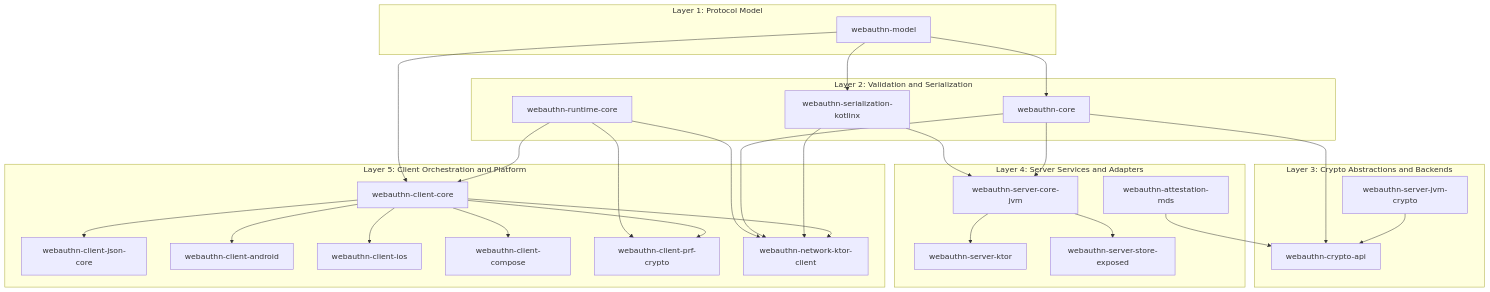
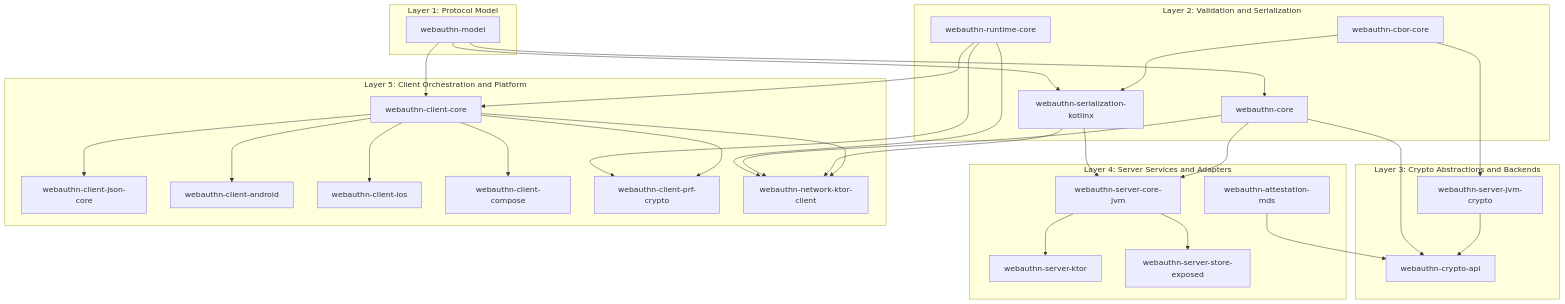
Before and after one commit to szijpeter/webauthn-kotlin-multiplatform: the second of 2 diagrams in README.md, drawn with Mermaid.

Commit message:
docs: include cbor module in root diagram

````diff
--- a/README.md
+++ b/README.md
@@ -80,57 +80,60 @@
 ```mermaid
 flowchart TB
     subgraph Layer1[Layer 1: Protocol Model]
         M[webauthn-model]
     end
 
     subgraph Layer2[Layer 2: Validation and Serialization]
+        CBOR[webauthn-cbor-core]
         C[webauthn-core]
         S[webauthn-serialization-kotlinx]
         RUNTIME[webauthn-runtime-core]
     end
 
     subgraph Layer3[Layer 3: Crypto Abstractions and Backends]
         API[webauthn-crypto-api]
         JCRYPTO[webauthn-server-jvm-crypto]
     end
 
     subgraph Layer4[Layer 4: Server Services and Adapters]
         SVC[webauthn-server-core-jvm]
         KTOR[webauthn-server-ktor]
         STORE[webauthn-server-store-exposed]
         MDS[webauthn-attestation-mds]
     end
 
     subgraph Layer5[Layer 5: Client Orchestration and Platform]
         CCORE[webauthn-client-core]
         CJSON[webauthn-client-json-core]
         CANDROID[webauthn-client-android]
         CIOS[webauthn-client-ios]
         CCOMPOSE[webauthn-client-compose]
         CPRF[webauthn-client-prf-crypto]
         NET[webauthn-network-ktor-client]
     end
 
     M --> C
     M --> S
+    CBOR --> S
     C --> API
     S --> SVC
+    CBOR --> JCRYPTO
     JCRYPTO --> API
     C --> SVC
     SVC --> KTOR
     SVC --> STORE
     MDS --> API
 
     M --> CCORE
     RUNTIME --> CCORE
     RUNTIME --> CPRF
     RUNTIME --> NET
     CCORE --> CJSON
     CCORE --> CANDROID
     CCORE --> CIOS
     CCORE --> CCOMPOSE
     CCORE --> CPRF
     C --> NET
     S --> NET
     CCORE --> NET
 ```
````
